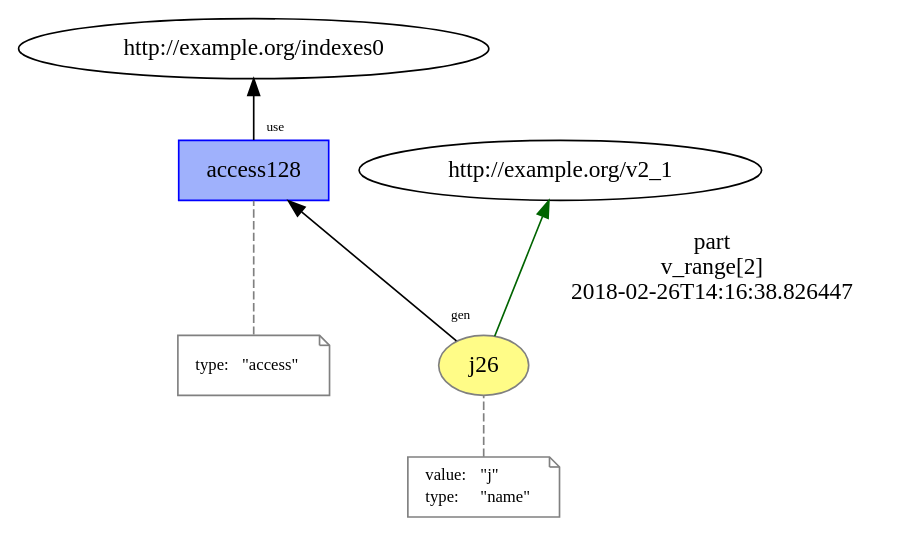
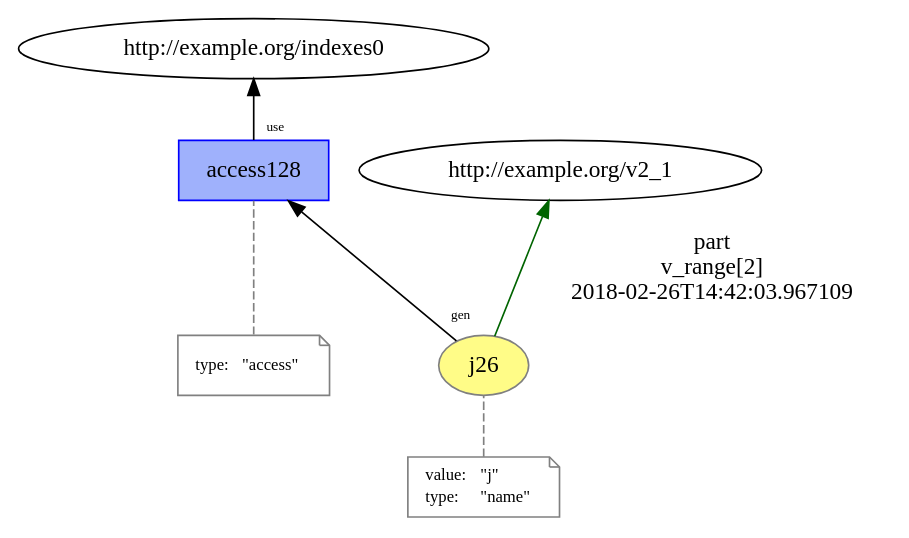
One commit to dew-uff/versioned-prov changed the diagram in mutable_prov/temp/L13__loop_access26.dot. Above: the diagram before and after it, drawn with Graphviz. The commit also changed 527 other files, not shown here.

```diff
--- a/mutable_prov/temp/L13__loop_access26.dot
+++ b/mutable_prov/temp/L13__loop_access26.dot
@@ -1,27 +1,27 @@
 digraph "PROV" { size="16,12"; rankdir="BT";
 "http://example.org/j26" [fillcolor="#FFFC87",color="#808080",style="filled",label="j26",URL="http://example.org/j26"]
 "-attrs0" [color="gray",shape="note",fontsize="10",fontcolor="black",label=<<TABLE cellpadding="0" border="0">
 	<TR>
 	    <TD align="left">value:</TD>
 	    <TD align="left">&quot;j&quot;</TD>
 	</TR>
 	<TR>
 	    <TD align="left">type:</TD>
 	    <TD align="left">&quot;name&quot;</TD>
 	</TR>
 </TABLE>>]
 "-attrs0" -> "http://example.org/j26" [color="gray",style="dashed",arrowhead="none"]
 "http://example.org/j26" -> "http://example.org/v2_1" [labelfontsize="8",labeldistance="1.5",color="darkgreen",labelangle="60.0",rotation="20",label="part
 v_range[2]
-2018-02-26T14:16:38.826447"]
+2018-02-26T14:42:03.967109"]
 "http://example.org/access128" [fillcolor="#9FB1FC",color="#0000FF",shape="polygon",sides="4",style="filled",label="access128",URL="http://example.org/access128"]
 "-attrs1" [color="gray",shape="note",fontsize="10",fontcolor="black",label=<<TABLE cellpadding="0" border="0">
 	<TR>
 	    <TD align="left">type:</TD>
 	    <TD align="left">&quot;access&quot;</TD>
 	</TR>
 </TABLE>>]
 "-attrs1" -> "http://example.org/access128" [color="gray",style="dashed",arrowhead="none"]
 "http://example.org/access128" -> "http://example.org/indexes0" [labelfontsize="8",labeldistance="1.5",labelangle="60.0",rotation="20",taillabel="use"]
 "http://example.org/j26" -> "http://example.org/access128" [labelfontsize="8",labeldistance="1.5",labelangle="60.0",rotation="20",taillabel="gen"]
 }
```
